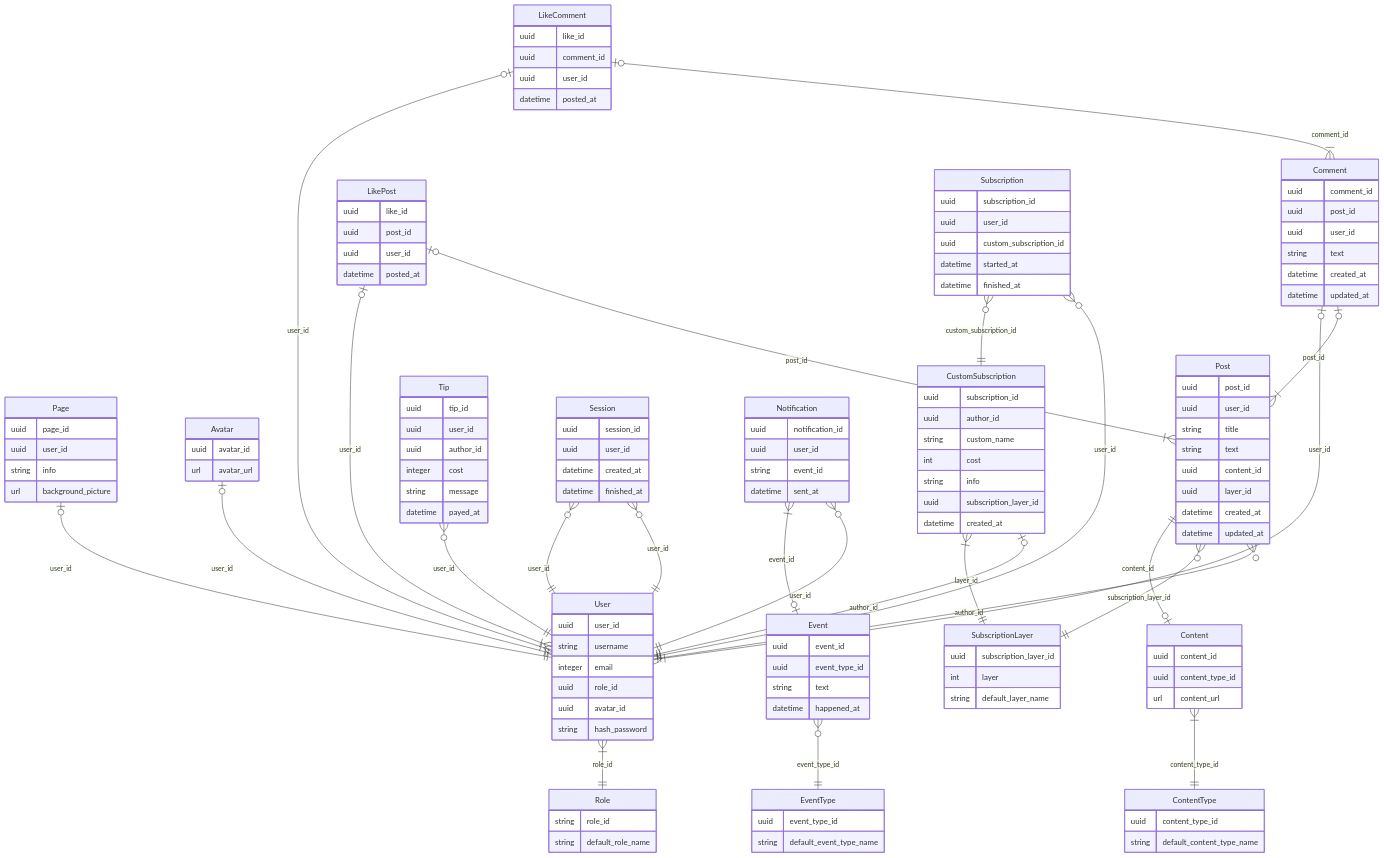
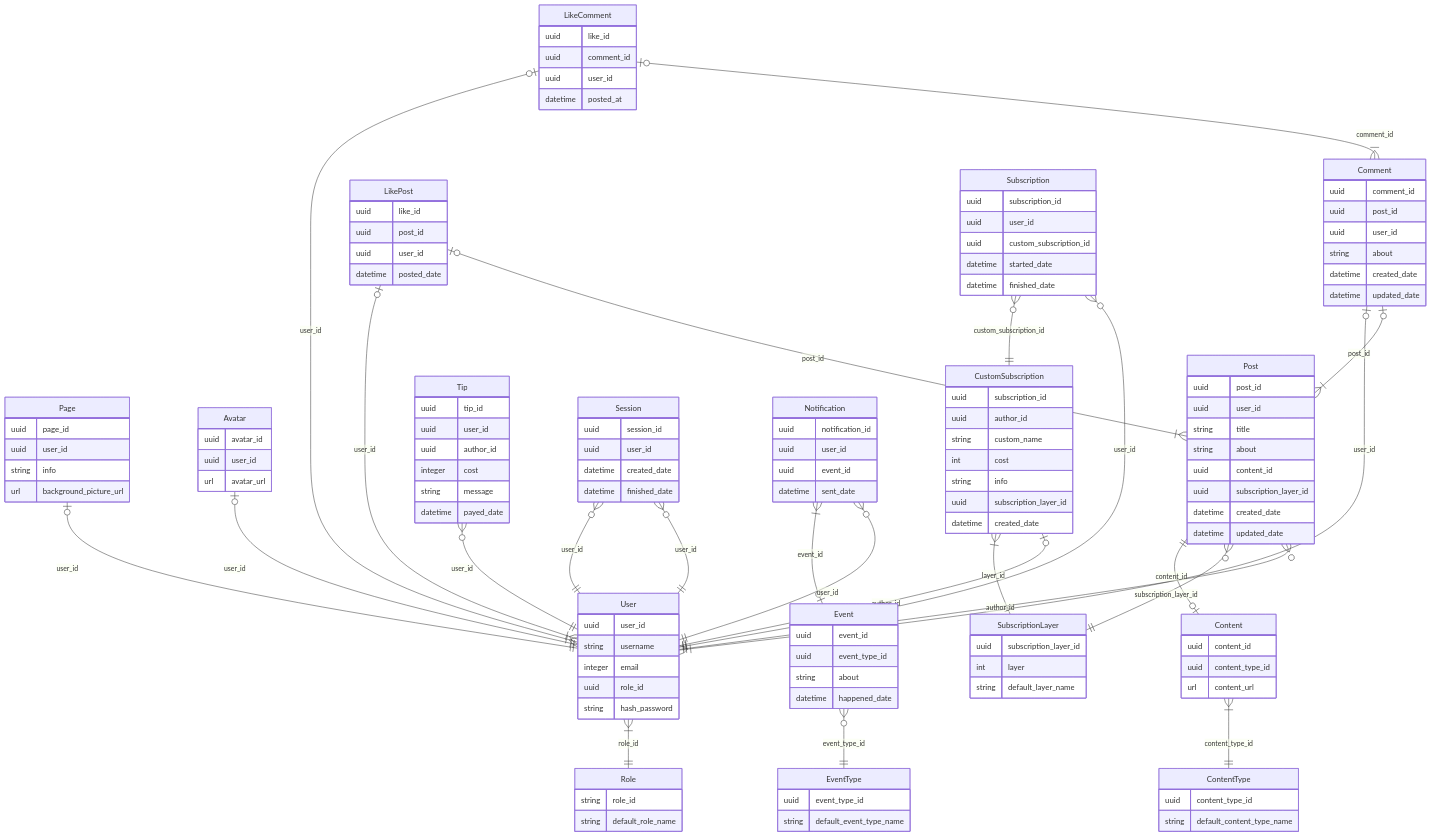
One commit to go-park-mail-ru/2024_2_TeamOn_Patreon changed the diagram in database/normalized/PushArt-ERD.mmd. Above: the diagram before and after it, drawn with Mermaid. The commit also changed 41 other files, not shown here.

```diff
--- a/database/normalized/PushArt-ERD.mmd
+++ b/database/normalized/PushArt-ERD.mmd
@@ -1,161 +1,161 @@
 erDiagram    
     User }|--|| Role : role_id
     Page |o--|| User : user_id
     Avatar |o--|| User : user_id
     Role
 
     CustomSubscription |o--|| User : author_id
     CustomSubscription }|--|| SubscriptionLayer : layer_id
     SubscriptionLayer
 
     Post
     Post }o--|| User: author_id
     Post }o--|| SubscriptionLayer: subscription_layer_id
     Post ||--o| Content: content_id
     Content
 
     Comment |o--|{ Post: post_id
     Comment |o--|{ User: user_id
 
     LikePost |o--|{ Post: post_id
     LikePost |o--|{ User: user_id
 
     LikeComment |o--|{ Comment: comment_id
     LikeComment |o--|{ User: user_id
 
     Subscription }o--|| User: user_id
     Subscription }o--|| CustomSubscription: custom_subscription_id
 
     Tip }o--|| User: user_id
     %% Author }o--|| User: author_id
 
     Session }o--|| User: user_id
 
     User {
         uuid user_id
         string username
         integer email
         uuid role_id
-        uuid avatar_id
         string hash_password
     }
     Page {
         uuid page_id
         uuid user_id
         string info
-        url background_picture
+        url background_picture_url
     }
     Avatar {
         uuid avatar_id
+        uuid user_id
         url avatar_url
     }
     Role{
         string role_id
         string default_role_name
     }
 
     CustomSubscription {
         uuid subscription_id
         uuid author_id
         string custom_name
         int cost
         string info
         uuid subscription_layer_id
-        datetime created_at
+        datetime created_date
     }
 
     SubscriptionLayer {
         uuid subscription_layer_id
         int layer
         string default_layer_name
     }
 
     Subscription {
         uuid subscription_id
         uuid user_id
         uuid custom_subscription_id
-        datetime started_at
-        datetime finished_at
+        datetime started_date
+        datetime finished_date
     }
     Tip {
         uuid tip_id
         uuid user_id
         uuid author_id
         integer cost
         string message
-        datetime payed_at
+        datetime payed_date
     }
 
 
     Post {
         uuid post_id
         uuid user_id
         string title
-        string text
+        string about
         uuid content_id
-        uuid layer_id
-        datetime created_at
-        datetime updated_at
+        uuid subscription_layer_id
+        datetime created_date
+        datetime updated_date
     }
     Content {
         uuid content_id
         uuid content_type_id
         url content_url
     }
     Content }|--|| ContentType: content_type_id
     ContentType {
         uuid content_type_id
         string default_content_type_name
     }
     LikePost {
         uuid like_id
         uuid post_id
         uuid user_id
-        datetime posted_at
+        datetime posted_date
     }
     Comment {
         uuid comment_id
         uuid post_id
         uuid user_id
-        string text
-        datetime created_at
-        datetime updated_at
+        string about
+        datetime created_date
+        datetime updated_date
     }
     LikeComment {
         uuid like_id
         uuid comment_id
         uuid user_id
         datetime posted_at
     }
 
 
     %% Уведомления
     Notification {
         uuid notification_id
         uuid user_id
-        string event_id
-        datetime sent_at
+        uuid event_id
+        datetime sent_date
     }
     Notification }o--|| User: user_id
     Notification }|--o| Event: event_id
     Event {
         uuid event_id
         uuid event_type_id
-        string text
-        datetime happened_at
+        string about
+        datetime happened_date
     }
     Event }o--|| EventType: event_type_id
     EventType {
         uuid event_type_id
         string default_event_type_name
     }
 
 
     %% Сессия
     Session {
         uuid session_id
         uuid user_id
-        datetime created_at
-        datetime finished_at
+        datetime created_date
+        datetime finished_date
     }
     Session }o--|| User: user_id
```
